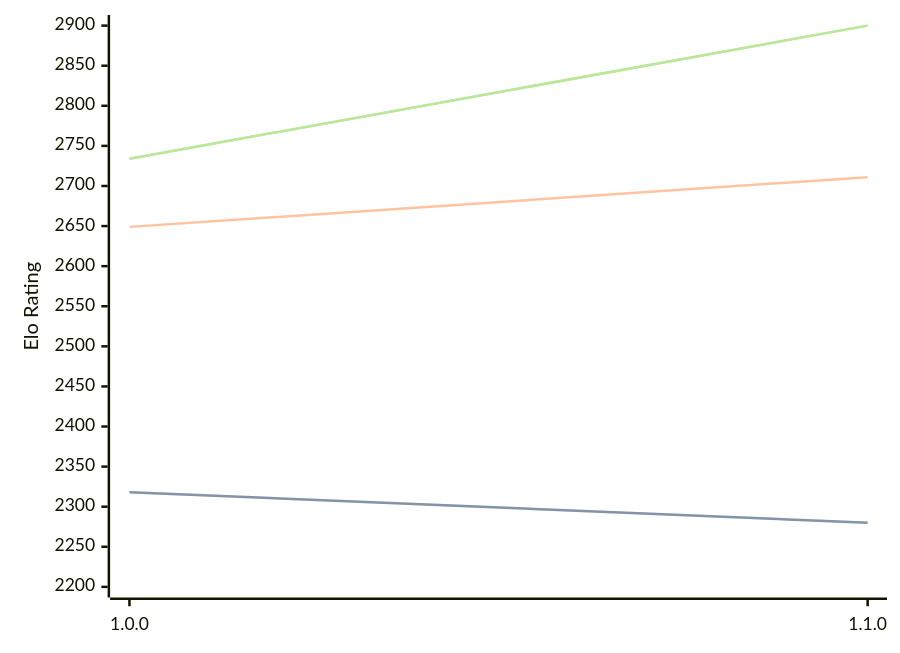
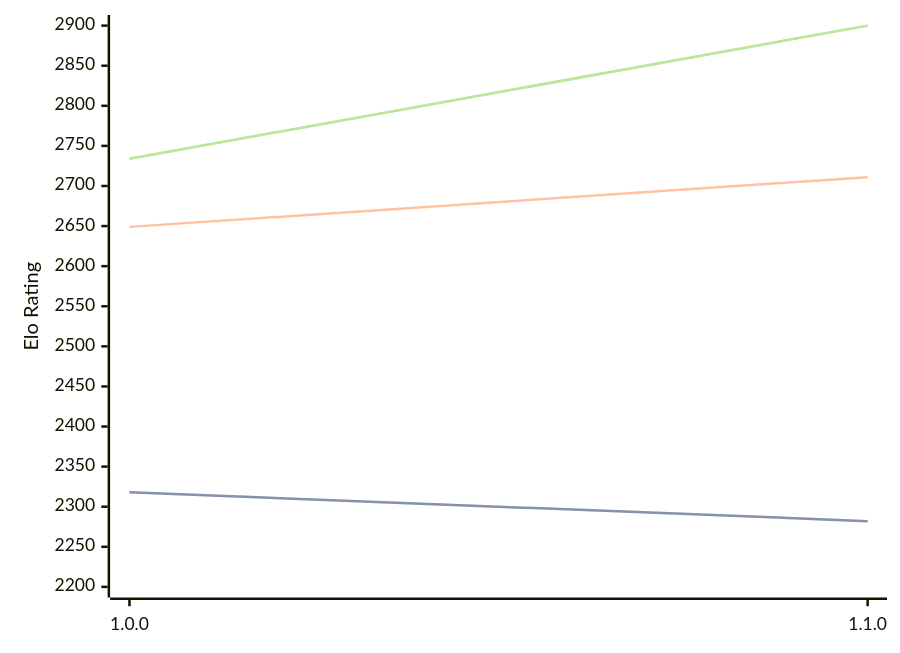
The diagram in engines/ShallowGuess.md (computer-chess-index/cci), drawn with Mermaid before and after one commit. The commit also changed other lines of this file, not shown here.

````diff
--- a/engines/ShallowGuess.md
+++ b/engines/ShallowGuess.md
@@ -36,11 +36,11 @@
 ```mermaid
 %%{init: {"theme":"base","themeVariables":{"seriesColors:['#a3a3a3','#222221','#faa371']}}}%%
 xychart-beta
   x-axis ["1.0.0", "1.1.0"]
   y-axis "Elo Rating" 2200 --> 2900
-  line "STC (8.0+0.08s)" [2318, 2280]
-  line "STC (8.0+0.08s)" [2318, 2280]
+  line "STC (8.0+0.08s)" [2318, 2282]
+  line "STC (8.0+0.08s)" [2318, 2282]
   line "LTC (60.0+0.60s)" [2649, 2711]
   line "VLTC (2m24s+1.12s)" [2734, 2900]
   line "VLTC (2m24s+1.12s)" [2734, 2900]
 ```
````
